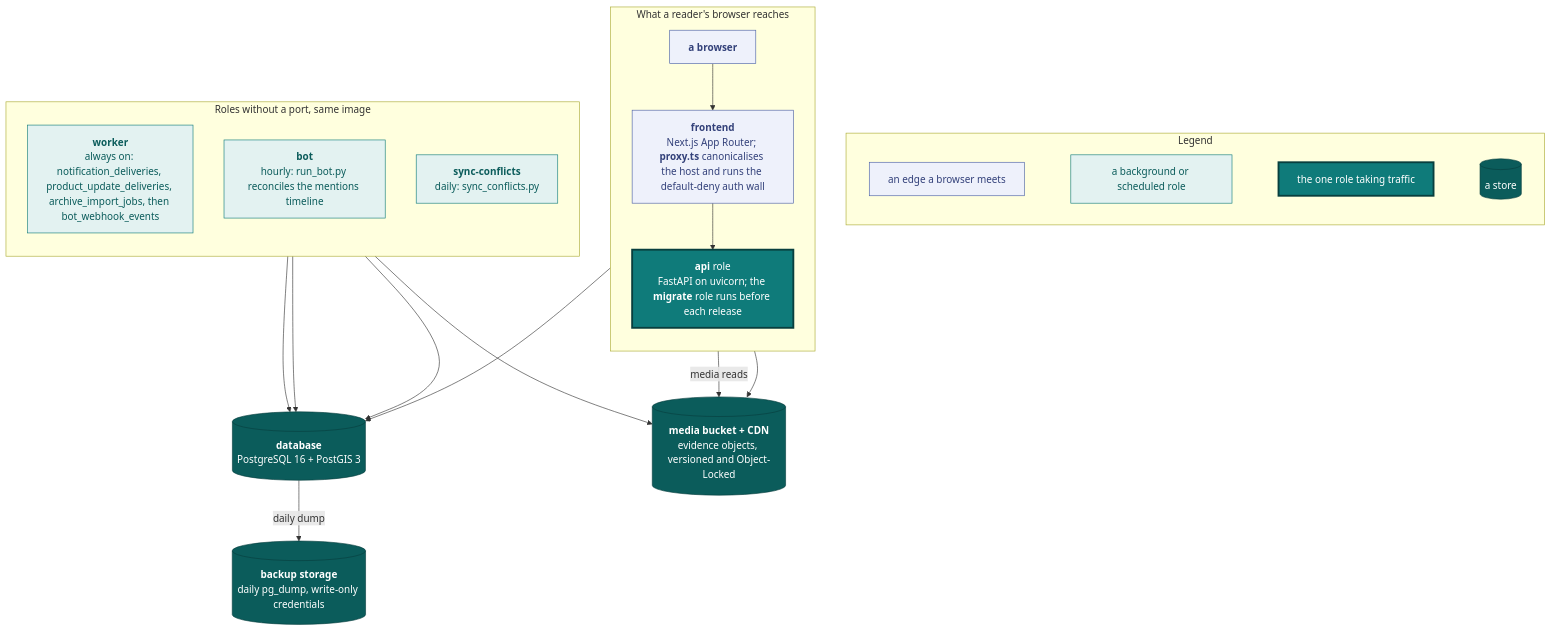
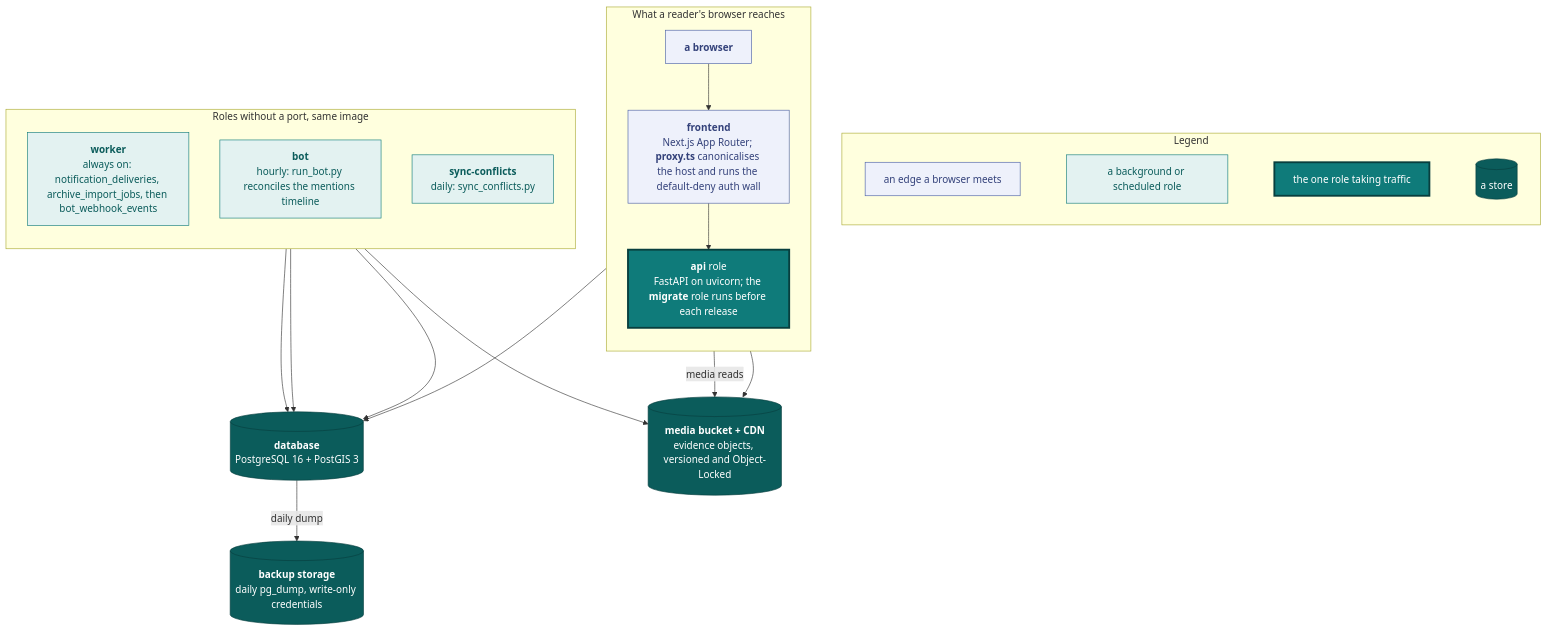
Before and after one commit to vidithq/vidit: the first of 5 diagrams in docs/engineering.md, drawn with Mermaid. The commit also changed other lines of this file and 5 other files, not shown here.

````diff
--- a/docs/engineering.md
+++ b/docs/engineering.md
@@ -5,52 +5,52 @@
 ```mermaid
 flowchart TB
   classDef spec fill:#eef1fb,stroke:#4a5fa5,color:#33417a
   classDef shared fill:#e3f2f1,stroke:#0f7b7a,color:#0b5c5b
   classDef core fill:#0f7b7a,stroke:#083f3e,stroke-width:3px,color:#ffffff
   classDef store fill:#0b5c5b,stroke:#083f3e,color:#ffffff
 
   subgraph legend [Legend]
     direction LR
     l1["`an edge a browser meets`"]:::spec
     l2["`a background or scheduled role`"]:::shared
     l3["`the one role taking traffic`"]:::core
     l4[("`a store`")]:::store
     l1 ~~~ l2 ~~~ l3 ~~~ l4
   end
 
   subgraph traffic [What a reader's browser reaches]
     direction TB
     reader["`**a browser**`"]:::spec
     front["`**frontend**
     Next.js App Router; **proxy.ts** canonicalises the host and runs the default-deny auth wall`"]:::spec
     api["`**api** role
     FastAPI on uvicorn; the **migrate** role runs before each release`"]:::core
     reader --> front --> api
   end
 
   subgraph sched [Roles without a port, same image]
     direction TB
     worker["`**worker**
-    always on: notification_deliveries, product_update_deliveries, archive_import_jobs, then bot_webhook_events`"]:::shared
+    always on: notification_deliveries, archive_import_jobs, then bot_webhook_events`"]:::shared
     bot["`**bot**
     hourly: run_bot.py reconciles the mentions timeline`"]:::shared
     conf["`**sync-conflicts**
     daily: sync_conflicts.py`"]:::shared
   end
 
   db[("`**database**
   PostgreSQL 16 + PostGIS 3`")]:::store
   s3[("`**media bucket + CDN**
   evidence objects, versioned and Object-Locked`")]:::store
   bak[("`**backup storage**
   daily pg_dump, write-only credentials`")]:::store
 
   reader -- "media reads" --> s3
   api --> db
   api --> s3
   worker --> db
   bot --> db
   conf --> db
   worker --> s3
   db -- "daily dump" --> bak
 ```
````
